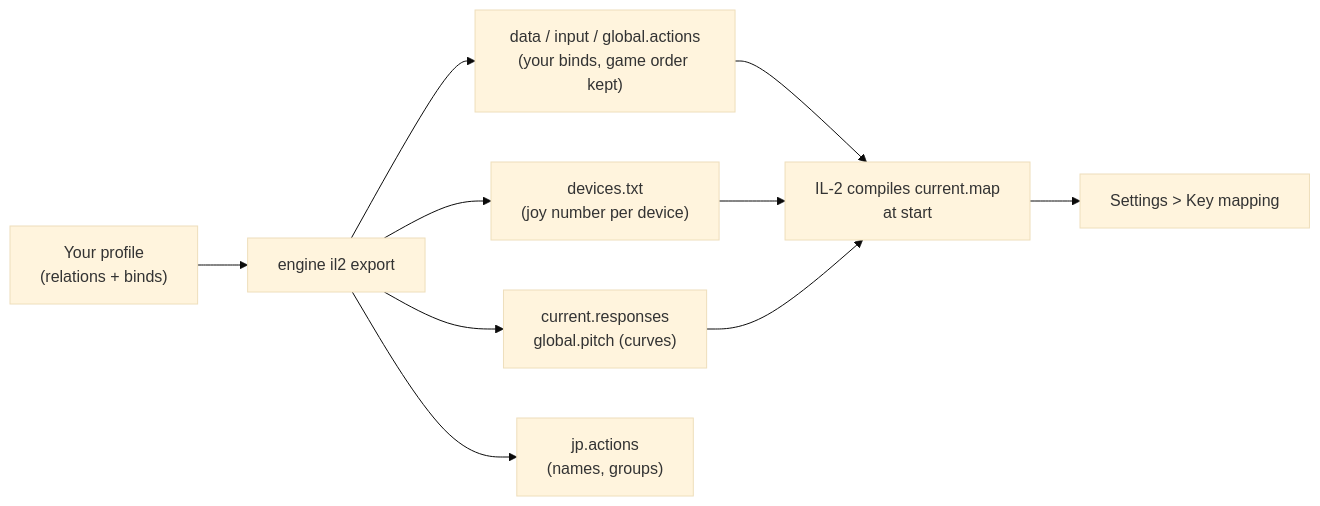
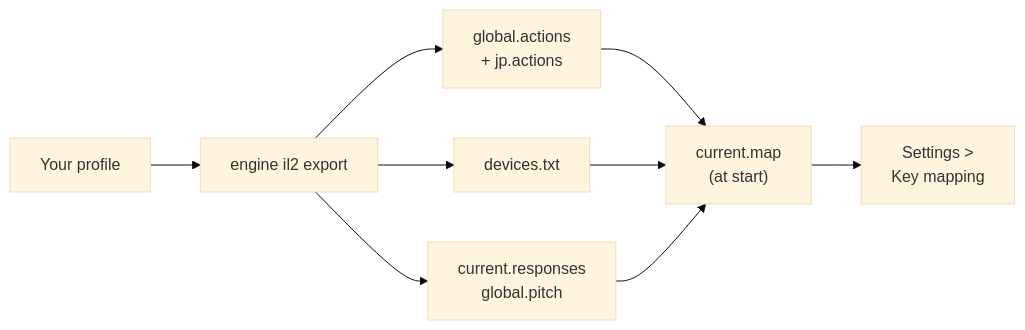
The diagram in website/content/games/il2-great-battles.md (Holdi601/JoystickProfiler2), drawn with Mermaid (base theme) before and after one commit. The commit also changed other lines of this file and 718 other files, not shown here.

````diff
--- a/website/content/games/il2-great-battles.md
+++ b/website/content/games/il2-great-battles.md
@@ -20,12 +160,12 @@
 ```mermaid
+%% caption: IL-2 compiles these files (data/input: your binds in global.actions with the game's order kept, names and groups in jp.actions, the joy number per device in devices.txt, the curves in current.responses and global.pitch) into its key mapping at its next start.
 flowchart LR
-  P["Your profile<br/>(relations + binds)"] --> E["engine il2 export"]
-  E --> A["data / input / global.actions<br/>(your binds, game order kept)"]
-  E --> D["devices.txt<br/>(joy number per device)"]
-  E --> R["current.responses<br/>global.pitch (curves)"]
-  E --> J["jp.actions<br/>(names, groups)"]
-  A --> G["IL-2 compiles current.map<br/>at start"]
+  P["Your profile"] --> E["engine il2 export"]
+  E --> A["global.actions<br/>+ jp.actions"]
+  E --> D["devices.txt"]
+  E --> R["current.responses<br/>global.pitch"]
+  A --> G["current.map<br/>(at start)"]
   D --> G
   R --> G
-  G --> K["Settings > Key mapping"]
+  G --> K["Settings ><br/>Key mapping"]
 ```
````
